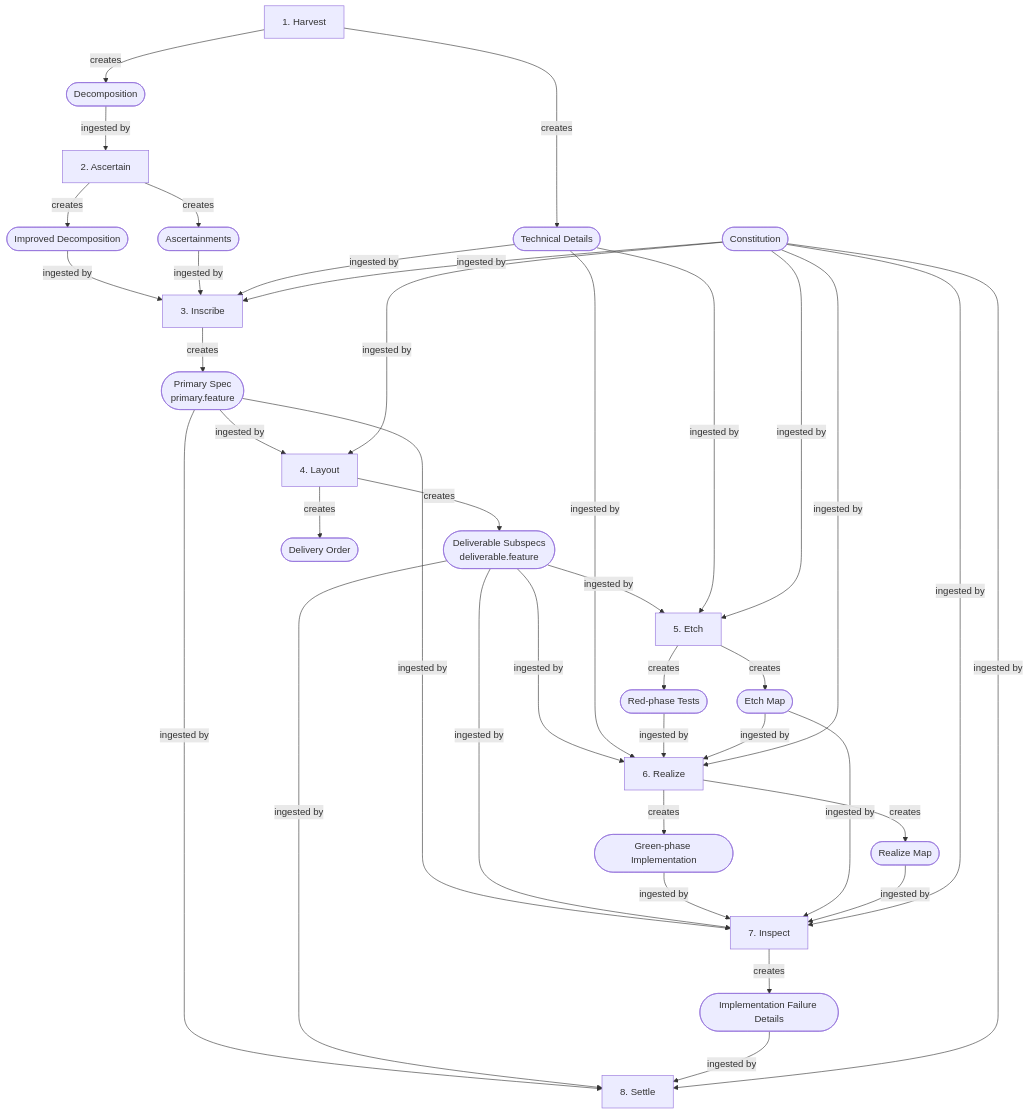
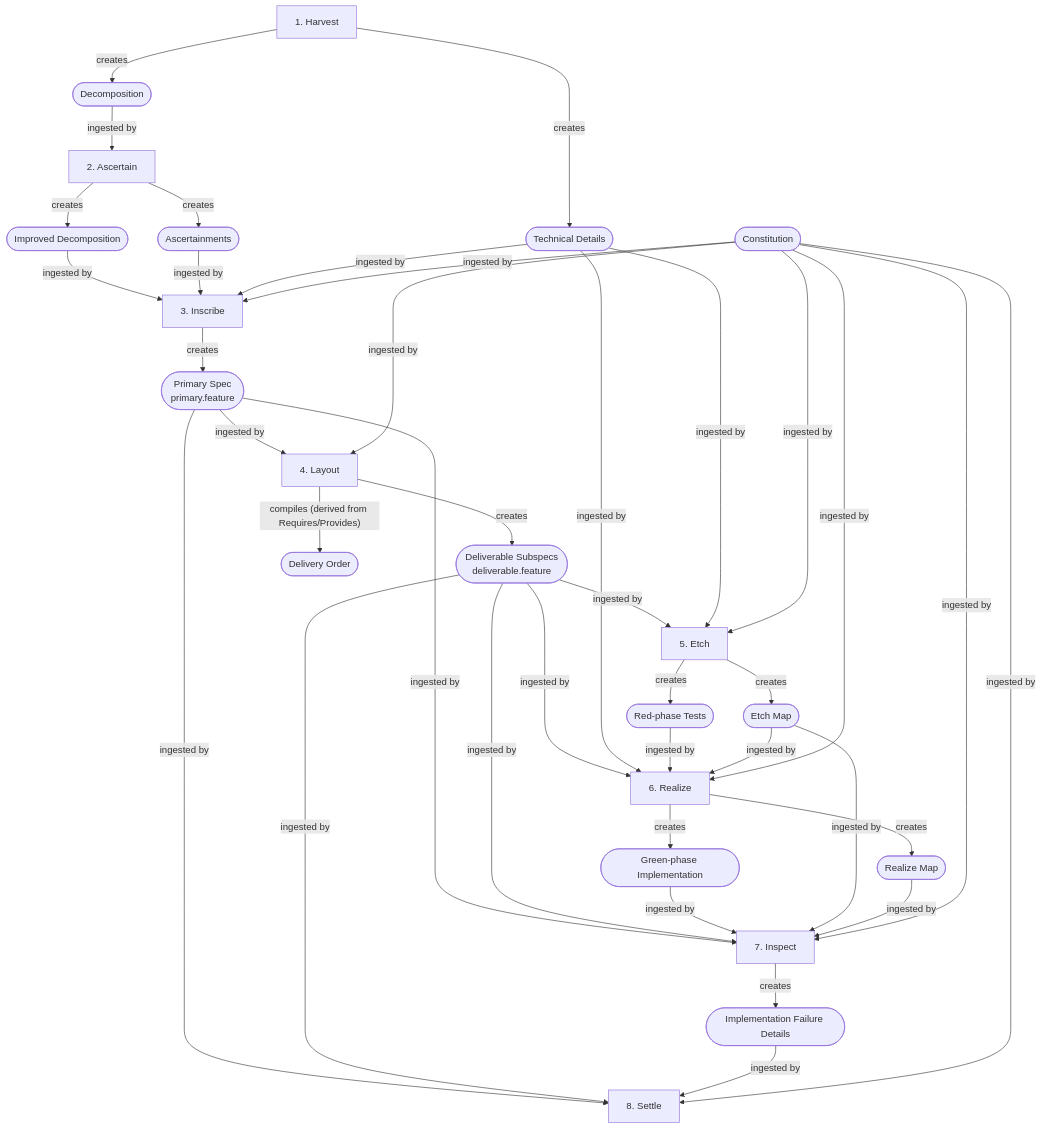
The second of 5 diagrams in docs/diagrams/diagrams.md (v0idbit/haileris), drawn with Mermaid before and after one commit. The commit also changed other lines of this file, not shown here.

Commit message:
docs: update diagrams for interface contracts and scoped re-runs

````diff
--- a/docs/diagrams/diagrams.md
+++ b/docs/diagrams/diagrams.md
@@ -65,57 +65,57 @@
 ```mermaid
 flowchart TD
     DEC([Decomposition])
     ID([Improved Decomposition])
     ASC([Ascertainments])
     PS([Primary Spec<br>primary.feature])
     CS([Deliverable Subspecs<br>deliverable.feature])
     RT([Red-phase Tests])
     ETM([Etch Map])
     GI([Green-phase Implementation])
     RM([Realize Map])
     IF([Implementation Failure Details])
     CON([Constitution])
 
     H[1. Harvest] -->|creates| DEC
     H -->|creates| TD([Technical Details])
     DEC -->|ingested by| A[2. Ascertain]
     A -->|creates| ID
     A -->|creates| ASC
     ID -->|ingested by| I[3. Inscribe]
     ASC -->|ingested by| I
     TD -->|ingested by| I
     CON -->|ingested by| I
 
     I -->|creates| PS
     PS -->|ingested by| L[4. Layout]
     CON -->|ingested by| L
 
     L -->|creates| CS
-    L -->|creates| DO([Delivery Order])
+    L -->|"compiles (derived from Requires/Provides)"| DO([Delivery Order])
     CS -->|ingested by| E[5. Etch]
     TD -->|ingested by| E
     CON -->|ingested by| E
 
     E -->|creates| RT
     E -->|creates| ETM
     CS -->|ingested by| R[6. Realize]
     TD -->|ingested by| R
     RT -->|ingested by| R
     ETM -->|ingested by| R
     CON -->|ingested by| R
 
     R -->|creates| GI
     R -->|creates| RM
     PS -->|ingested by| IN[7. Inspect]
     CS -->|ingested by| IN
     GI -->|ingested by| IN
     ETM -->|ingested by| IN
     RM -->|ingested by| IN
     CON -->|ingested by| IN
 
     IN -->|creates| IF
     PS -->|ingested by| S[8. Settle]
     CS -->|ingested by| S
     IF -->|ingested by| S
     CON -->|ingested by| S
 ```
````
